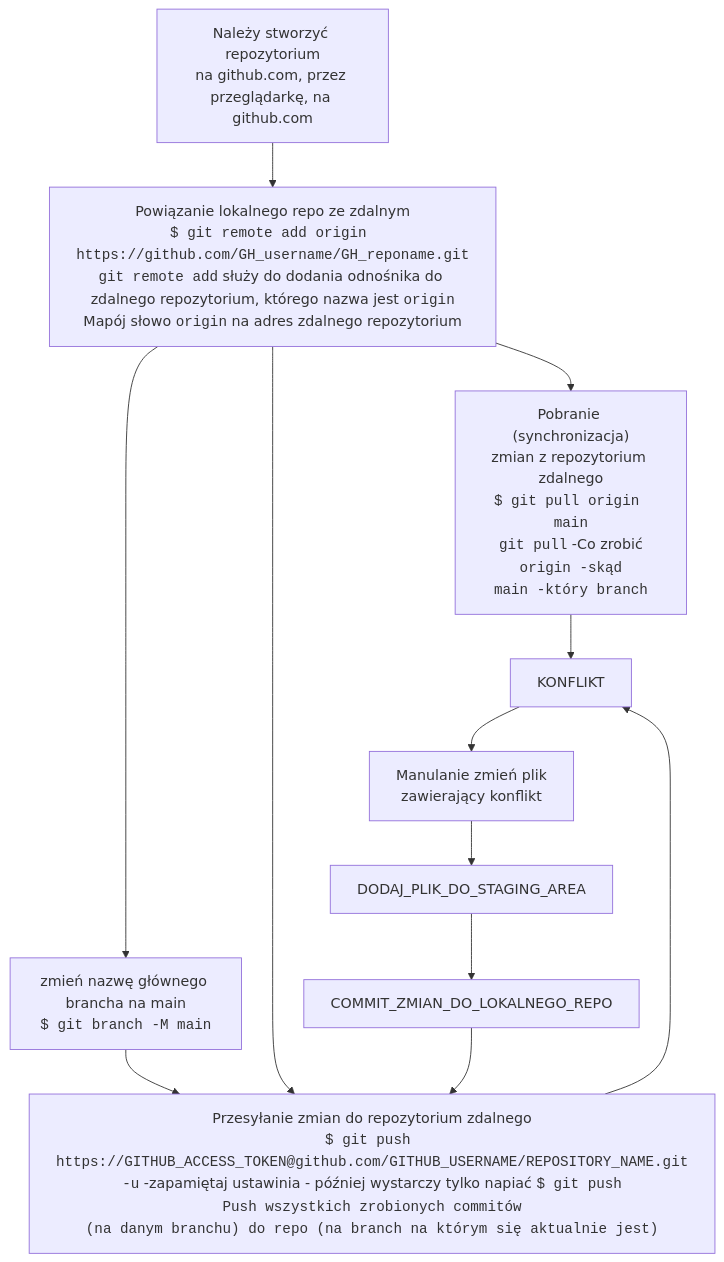
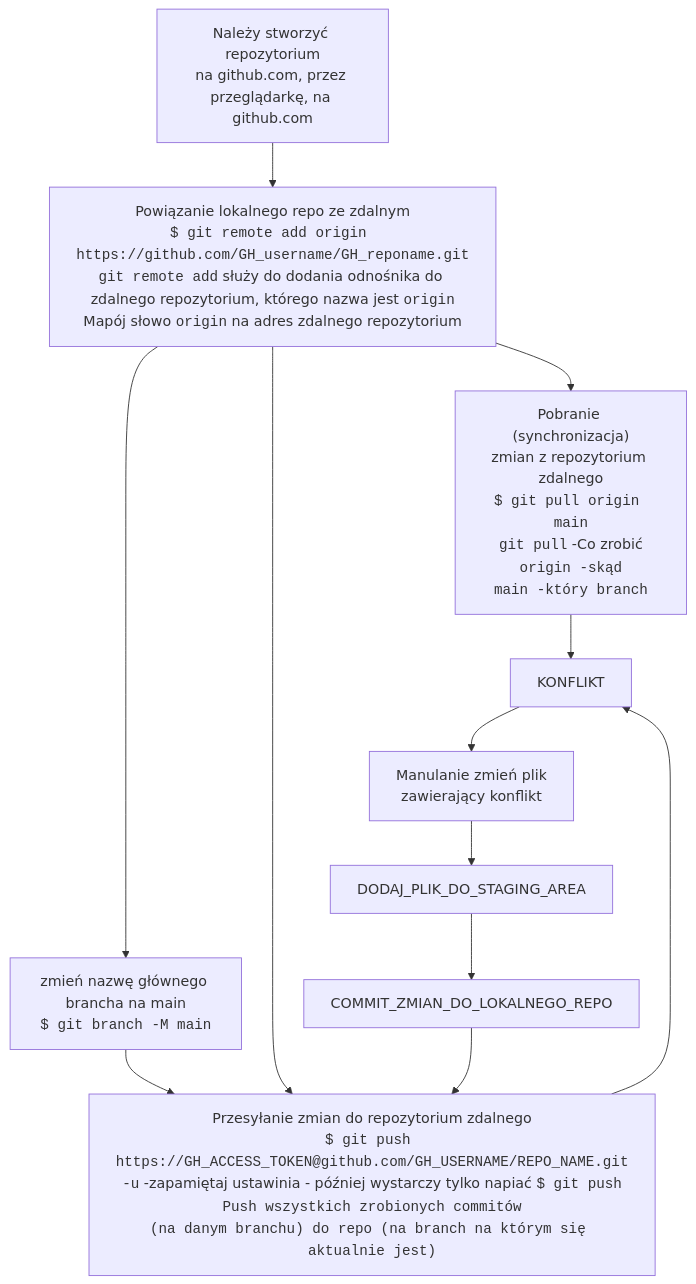
Before and after one commit to dankuc237/notatki: the second of 3 diagrams in git-graph.md, drawn with Mermaid. The commit also changed other lines of this file, not shown here.

Commit message:
all changes

````diff
--- a/git-graph.md
+++ b/git-graph.md
@@ -42,23 +43,23 @@
 ```mermaid
 graph TB
         STWORZ_REPO_NA_GH["Należy stworzyć repozytorium<br>na github.com, przez przeglądarkę, na github.com"]
         POWIAZ_LOKALNE_I_ZDALNE_REPO["Powiązanie lokalnego repo ze zdalnym<br><code>$ git remote add origin https://github.com/GH_username/GH_reponame.git</code><br><code>git remote add</code> służy do dodania odnośnika do zdalnego repozytorium, którego nazwa jest <code>origin</code><br>Mapój słowo <code>origin</code> na adres zdalnego repozytorium"]
-        PUSH_DO_GITHUB["Przesyłanie zmian do repozytorium zdalnego<br><code>$ git push https://GITHUB_ACCESS_TOKEN@github.com/GITHUB_USERNAME/REPOSITORY_NAME.git</code><br><code>-u</code> -zapamiętaj ustawinia - później wystarczy tylko napiać <code>$ git push<code><br>Push wszystkich zrobionych commitów<br>(na danym branchu) do repo (na branch na którym się aktualnie jest)"]
+        PUSH_DO_GITHUB["Przesyłanie zmian do repozytorium zdalnego<br><code>$ git push https://GH_ACCESS_TOKEN@github.com/GH_USERNAME/REPO_NAME.git</code><br><code>-u</code> -zapamiętaj ustawinia - później wystarczy tylko napiać <code>$ git push<code><br>Push wszystkich zrobionych commitów<br>(na danym branchu) do repo (na branch na którym się aktualnie jest)"]
         ZMIEN_NAZWE_BRANCH_NA_MAIN["zmień nazwę głównego brancha na main<br><code>$ git branch -M main</code>"]
         UPDATE_LOKALNEGO_REPO_Z_GH["Pobranie (synchronizacja)<br>zmian z repozytorium zdalnego<br><code>$ git pull origin main</code><br><code>git pull</code> -Co zrobić<br><code>origin<code> -skąd<br><code>main</code> -który branch"]
         KONFLIKT
         KONFLIKT_RESOLVE["Manulanie zmień plik<br>zawierający konflikt"]
 
         POWIAZ_LOKALNE_I_ZDALNE_REPO --> UPDATE_LOKALNEGO_REPO_Z_GH
         POWIAZ_LOKALNE_I_ZDALNE_REPO --> ZMIEN_NAZWE_BRANCH_NA_MAIN
         ZMIEN_NAZWE_BRANCH_NA_MAIN --> PUSH_DO_GITHUB
         POWIAZ_LOKALNE_I_ZDALNE_REPO --> PUSH_DO_GITHUB
         STWORZ_REPO_NA_GH --> POWIAZ_LOKALNE_I_ZDALNE_REPO
         COMMIT_ZMIAN_DO_LOKALNEGO_REPO --> PUSH_DO_GITHUB
         PUSH_DO_GITHUB --> KONFLIKT
         UPDATE_LOKALNEGO_REPO_Z_GH --> KONFLIKT
         KONFLIKT--> KONFLIKT_RESOLVE
         DODAJ_PLIK_DO_STAGING_AREA --> COMMIT_ZMIAN_DO_LOKALNEGO_REPO
         KONFLIKT_RESOLVE --> DODAJ_PLIK_DO_STAGING_AREA
 
 ```
````
